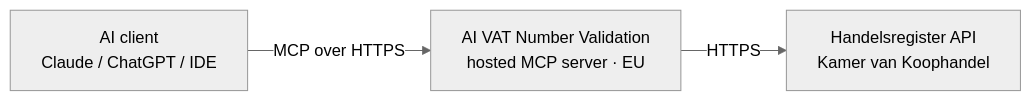
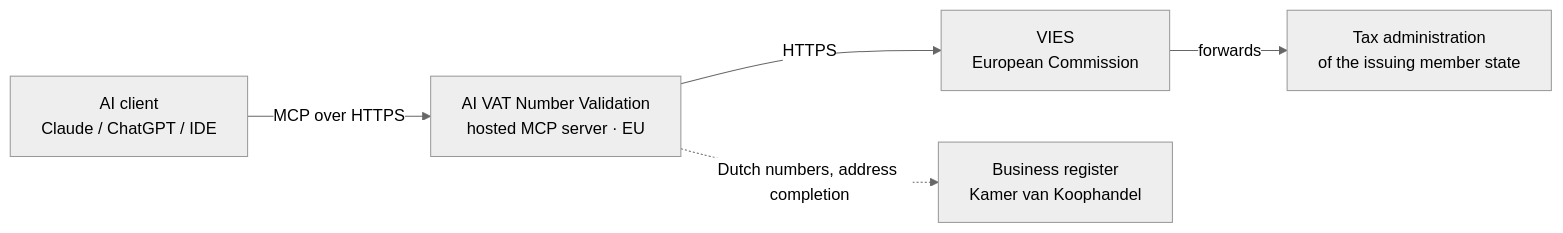
Before and after one commit to iwebdevnl/ai-vat-number-validation: the diagram in docs/architecture.md, drawn with Mermaid (neutral theme). The commit also changed other lines of this file and 16 other files, not shown here.

````diff
--- a/docs/architecture.md
+++ b/docs/architecture.md
@@ -3,5 +3,7 @@
 ```mermaid
 flowchart LR
   A[AI client<br/>Claude / ChatGPT / IDE] -->|MCP over HTTPS| B[AI VAT Number Validation<br/>hosted MCP server · EU]
-  B -->|HTTPS| C[Handelsregister API<br/>Kamer van Koophandel]
+  B -->|HTTPS| C[VIES<br/>European Commission]
+  C -->|forwards| D[Tax administration<br/>of the issuing member state]
+  B -.->|Dutch numbers, address completion| E[Business register<br/>Kamer van Koophandel]
 ```
````
